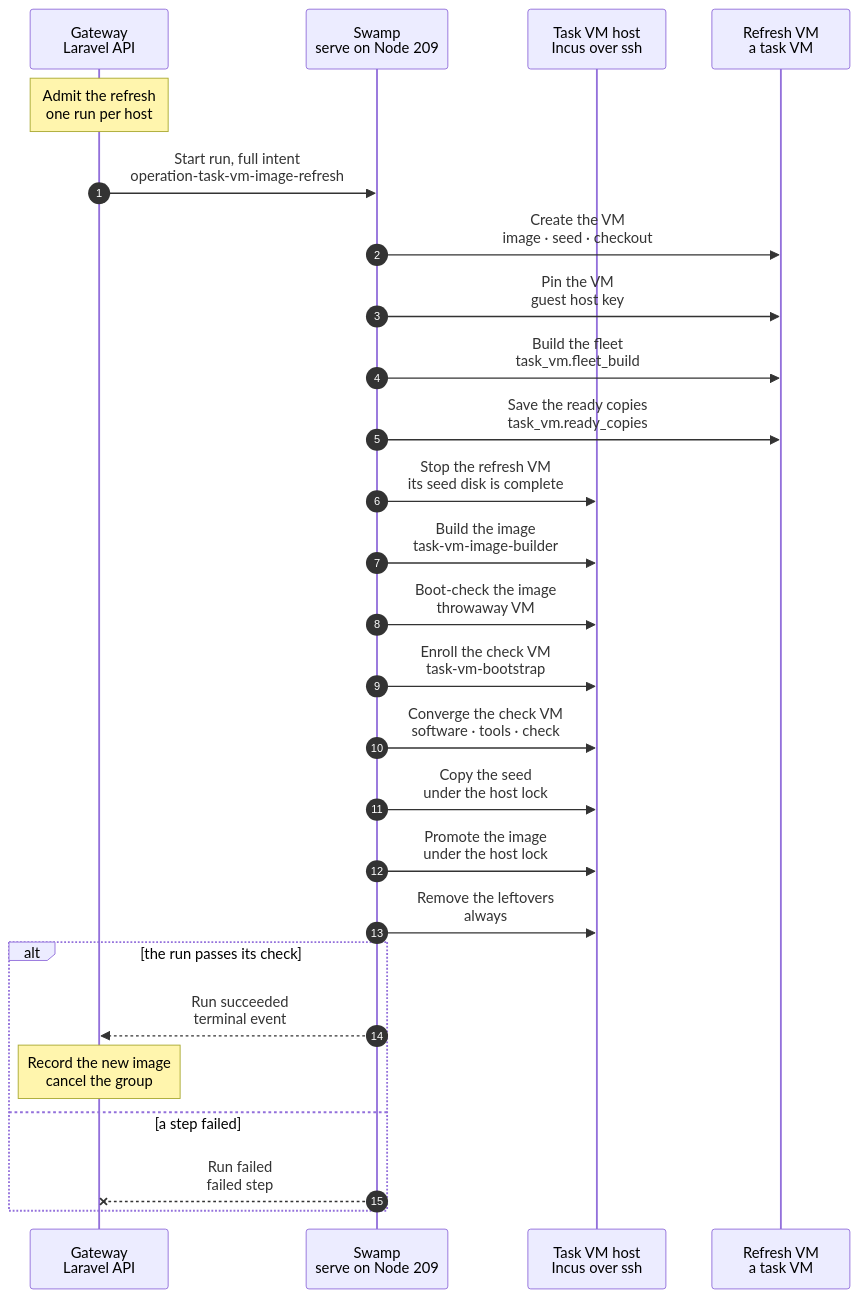
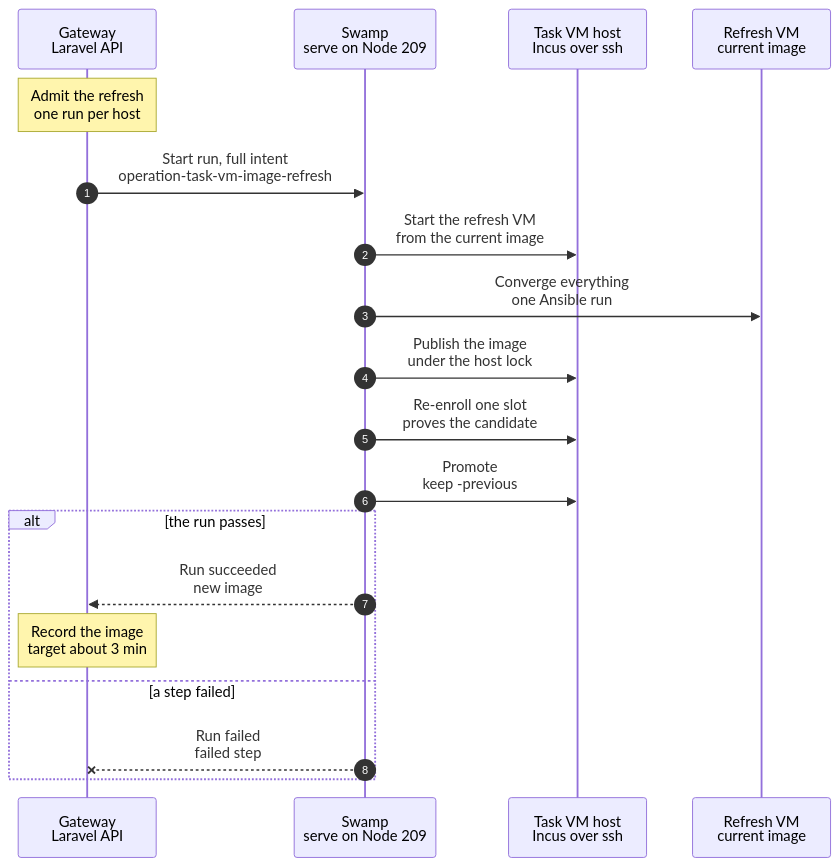
Before and after one commit to hardimpactdev/orbit: the diagram in docs/cli/tasks/vm-image-refresh.mmd, drawn with Mermaid. The commit also changed 10 other files, not shown here.

First line of the commit message:
docs(tasks): slot claim, slot enrol and release, and the one-VM image refresh charts

```diff
--- a/docs/cli/tasks/vm-image-refresh.mmd
+++ b/docs/cli/tasks/vm-image-refresh.mmd
@@ -1,81 +1,46 @@
 sequenceDiagram
-  %% Target design: the run that refreshes the task image and the topology seed of one task VM host (stage 6, docs/reference/pipeline/6-task-image-seed-refresh.mmd). It is the per-host part of that chart, as built.
-  %% status: draft
-  %% command: none · task-vms:refresh-image on the Gateway host
+  %% Target design (Nick approved 2026-11-07): one VM bakes the next image and seed; idle slots then re-enroll from it with their fixed identities. Replaces the full task VM provision, Save the ready copies, the builder VM, the smoke VM and the check VM.
+  %% status: reviewed
+  %% command: none · after a release, and daily
   %% kind: task_vm.image_refresh
   autonumber
   %% lane GW icon=gateway pill=intent tone=blue
   %% lane SW icon=workflow pill=executes tone=green
   %% lane H icon=server pill=target tone=amber
   %% lane VM icon=server pill=refresh VM tone=purple
   participant GW as Gateway<br/>Laravel API
   participant SW as Swamp<br/>serve on Node 209
   participant H as Task VM host<br/>Incus over ssh
-  participant VM as Refresh VM<br/>a task VM
+  participant VM as Refresh VM<br/>current image
   Note over GW: Admit the refresh<br/>one run per host
   %%> Started by:
-  %%> - the release projection, when the release that went live changed playbooks, pins or lock files; a daily Gateway schedule; and the operator commands `php artisan task-vms:refresh-image HOST` and `task-vms:refresh-images`. These always use `seed=build`
-  %%> - only `php artisan task-vms:refresh-image HOST --seed=keep` uses `keep`
-  %%> Input `seed`:
-  %%> - `build` (the default): the refresh VM builds or starts the nested fleet, and its disk becomes the new seed
-  %%> - Decided by the orchestrator, for Nick's review: `keep` is the image part alone, milestone M1: an image refresh passes on one host, alone. `Build the fleet` and `Save the ready copies` are skipped, so no nested VM is built or saved
-  %%> - Decided by the orchestrator, for Nick's review: `keep` still starts the refresh VM. The check VM enrolls with the intent of a task VM, and the seed copy needs a seed disk, which is the refresh VM's clone of the host's current seed. An earlier draft of this chart promised no VM and no slots; the build showed it cannot
-  %%> Requirements:
-  %%> - an active, configured task VM host with a promoted image and no image build running, and a Gateway release with a commit
-  %%> - `keep` also needs the seed of the host's current image, which the refresh VM clones; a host without it fails at the clone
+  %%> - the release projection, when the release changed playbooks, pins or lock files; a daily schedule
   %%> Result:
-  %%> - a group of its own in the proof Project, placed on this host only, and the full intent recorded with its `seed`; a second admission for the host returns the open run
+  %%> - the intent holds the release commit, the current image and the host; a second admission returns the open run
   GW->>SW: Start run, full intent<br/>operation-task-vm-image-refresh
-  SW->>VM: Create the VM<br/>image · seed · checkout
+  SW->>H: Start the refresh VM<br/>from the current image
+  SW->>VM: Converge everything<br/>one Ansible run
   %%> What it does:
-  %%> - the VM is large (12 GiB, 6 CPUs, 3 slots): the admission sets the size, so the refresh needs 3 free slots of its host
-  %%> - the child `operation-task-provision`: a task VM from the image the host promoted last, with a clone of its seed, the checkout of the release commit, the converge of the outer VM and the nested fleet from the ready copies
-  SW->>VM: Pin the VM<br/>guest host key
+  %%> - outer VM: packages, tools, Swamp, orbit-agent, the Pi server, sshd and UFW at the release's pins
+  %%> - the warm checkout: main at the release commit, with `vendor/` and `node_modules/`
+  %%> - each container: its role phases, the checkout device, migrations, services running; cloud-init off
+  %%> - then a new `base` snapshot of each container
+  SW->>H: Publish the image<br/>under the host lock
   %%> What it does:
-  %%> - fills the host key the VM step observed into the ready copies intent and the fleet build intent
-  SW->>VM: Build the fleet<br/>task_vm.fleet_build
+  %%> - stops the refresh VM, publishes it as the candidate image and snapshots its container disk as the candidate's seed; the refresh VM is deleted
+  SW->>H: Re-enroll one slot<br/>proves the candidate
   %%> What it does:
-  %%> - the child `operation-task-vm-fleet-build` in the refresh VM, only with `seed=build` and when the VM step found no usable ready copies and so started no fleet: the nested network and three VMs from stock Ubuntu, a Gateway with its own Swamp, the Nodes and the readiness check; skipped when the fleet started from ready copies
-  SW->>VM: Save the ready copies<br/>task_vm.ready_copies
+  %%> - rebuilds the first idle slot from the candidate with its fixed identity (`task_vm.slot_enroll`), takes its `clean` snapshot, then runs the claim's ready check
+  %%> Why: this replaces the smoke VM and the check VM; it proves exactly what a claim gets
+  SW->>H: Promote<br/>keep -previous
   %%> What it does:
-  %%> - the child `operation-task-vm-ready-copies`: key-free, self-contained copies in the seed disk, boot-checked
-  SW->>H: Stop the refresh VM<br/>its seed disk is complete
-  %%> What it does:
-  %%> - `incus stop` of the refresh VM: it yields only its seed disk and is never published
-  SW->>H: Build the image<br/>task-vm-image-builder
-  %%> What it does:
-  %%> - the child `task-vm-image-builder`: `incus init` of the builder from the image the refresh VM started from (its fingerprint), with the cloud-init key of Node 209; waits for the guest agent and cloud-init
-  %%> - runs the phases `software`, `tools` and `check` (the child `task-vm-image-ansible`), cleans and stops it (the child `task-vm-image-clean`)
-  %%> - publishes the stopped builder under a candidate alias and reads its fingerprint
-  %%> - the builder is never enrolled and has no seed
-  SW->>H: Boot-check the image<br/>throwaway VM
-  %%> What it does:
-  %%> - the child `task-vm-image-smoke`, as in the image build: a throwaway VM from the candidate and the check phase of the task VM role on it
-  SW->>H: Enroll the check VM<br/>task-vm-bootstrap
-  %%> What it does:
-  %%> - the child `task-vm-bootstrap` on the throwaway VM of the boot check: the account, the key, the sudoers file and the observer install with their checks, the same steps as an enrollment
-  SW->>H: Converge the check VM<br/>software · tools · check
-  %%> What it does:
-  %%> - the child `task-vm-image-ansible` with the phases of a provision converge on the same VM; the promotion waits for this step and the one before
-  SW->>H: Copy the seed<br/>under the host lock
-  %%> What it does:
-  %%> - with `seed=keep` the seed disk is the refresh VM's unchanged clone of the host's current seed. This leaves the seed content stale on purpose: the nested disks keep what they had, and the first use of a task VM converges them (stage 2). It is not a seed refresh
-  %%> - Gap, for Nick's review: with `keep` nothing boots the kept ready copies under the candidate image before the promotion. Only `build` does that (`Save the ready copies` boot-checks them). The Gateway counts a seed as usable only after a `build` run, so a `keep` run never makes the copies look usable, and the first task VM with a topology builds the fleet
-  %%> - copies the seed disk of the refresh VM to the seed name of the new fingerprint, then `zfs promote` so refreshes form no clone chain
-  SW->>H: Promote the image<br/>under the host lock
-  %%> What it does:
-  %%> - the child `task-vm-image-promote`, as in the image build: the alias moves to the new image and the old image keeps the alias `-previous`; the old seed stays under its own name
-  SW->>H: Remove the leftovers<br/>always
-  %%> What it does:
-  %%> - the cleanup job removes the check VM and the builder, then, when the alias does not point at the new image, the candidate image and the new seed
-  alt the run passes its check
-    SW-->>GW: Run succeeded<br/>terminal event
-    Note over GW: Record the new image<br/>cancel the group
-    %%> Result:
-    %%> - the new image is the host's latest promoted build, with the recipe identity of the release
-    %%> - the cancel of the group destroys the refresh VM
+  %%> - the alias moves to the candidate, the old image keeps `-previous` for rollback, and older images are removed
+  %%> - the other idle slots re-enroll one at a time; a claimed slot re-enrolls when it is released
+  alt the run passes
+    SW-->>GW: Run succeeded<br/>new image
+    Note over GW: Record the image<br/>target about 3 min
   else a step failed
     SW--xGW: Run failed<br/>failed step
     %%> On failure:
-    %%> - the host keeps the image and the seed it had; the group is cancelled with the trigger `image-refresh` (not `proof-run`, which the cancels of proof groups carry) and the refresh VM destroyed
+    %%> - the host keeps its image; the refresh VM and the candidate are removed, and the slot re-enrolls from the current image
   end
```
